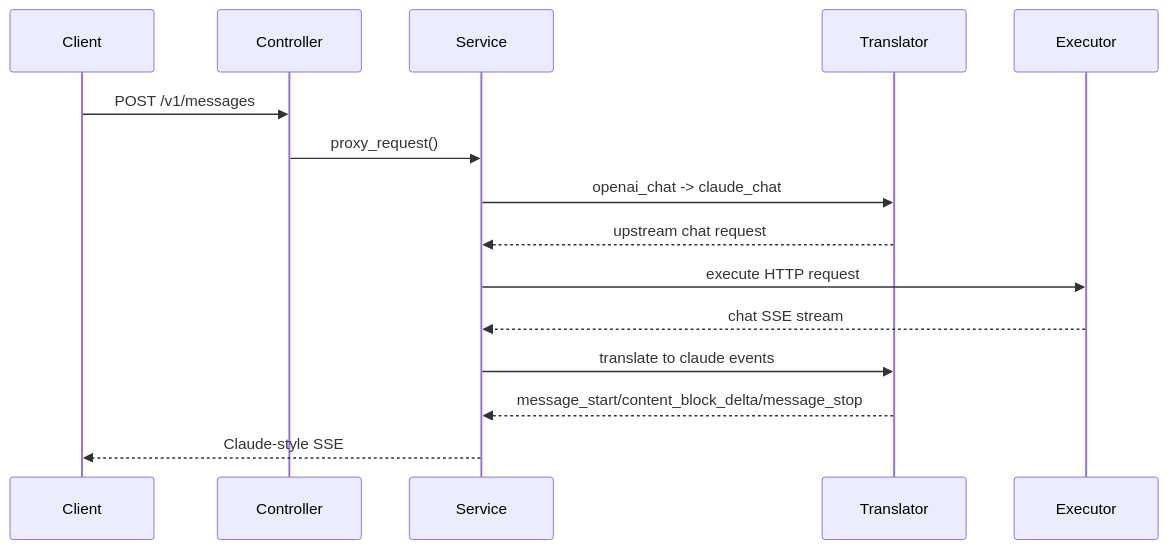
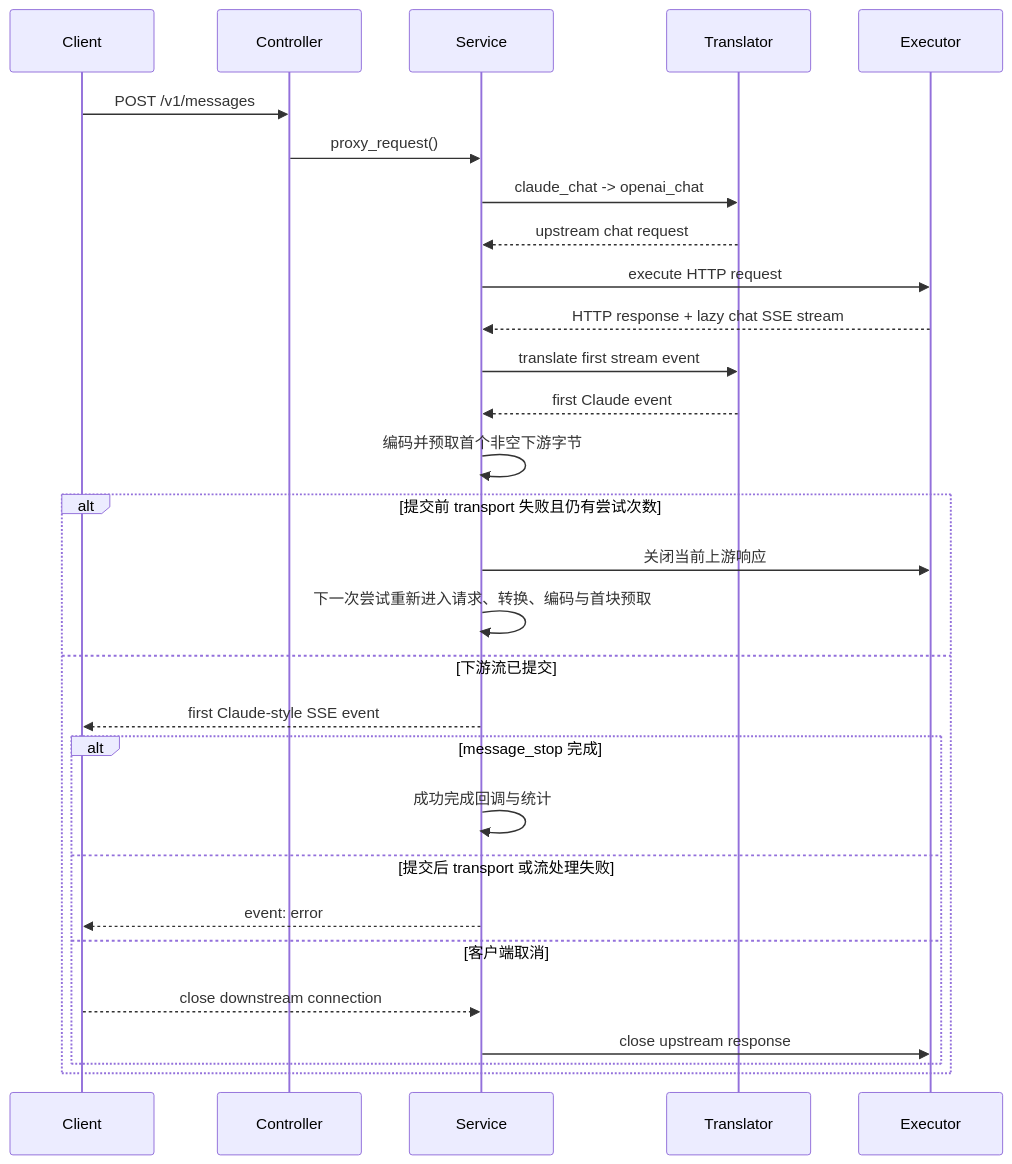
One commit to VonSdite/LLM_Proxy changed the third of 3 diagrams in docs/architecture-4plus1.md. Above: the diagram before and after it, drawn with Mermaid. The commit also changed other lines of this file and 9 other files, not shown here.

Commit message:
[fix]以首个非空、已编码的下游字节作为流提交边界。 提交前发生 IncompleteRead、ChunkedEncodingError、OSError 时自动重试或切换 OAuth 认证文件。 提交后断流按 Chat、Responses、Claude 协议发送流内错误，不再把异常抛给 gevent。 已发送终止事件后的 framing 异常保持成功状态。 Codex/Claude 缺少正式终止事件的 EOF 按未完成流处理。 客户端取消会关闭上游，不记录成功统计，不污染认证状态。 明确 max_retries 表示包含首次请求的最大尝试次数，界面显示为 Max Attempts。

````diff
--- a/docs/architecture-4plus1.md
+++ b/docs/architecture-4plus1.md
@@ -902,18 +997,32 @@
 ```mermaid
 sequenceDiagram
     participant Client
     participant Controller
     participant Service
     participant Translator
     participant Executor
 
     Client->>Controller: POST /v1/messages
     Controller->>Service: proxy_request()
-    Service->>Translator: openai_chat -> claude_chat
+    Service->>Translator: claude_chat -> openai_chat
     Translator-->>Service: upstream chat request
     Service->>Executor: execute HTTP request
-    Executor-->>Service: chat SSE stream
-    Service->>Translator: translate to claude events
-    Translator-->>Service: message_start/content_block_delta/message_stop
-    Service-->>Client: Claude-style SSE
+    Executor-->>Service: HTTP response + lazy chat SSE stream
+    Service->>Translator: translate first stream event
+    Translator-->>Service: first Claude event
+    Service->>Service: 编码并预取首个非空下游字节
+    alt 提交前 transport 失败且仍有尝试次数
+        Service->>Executor: 关闭当前上游响应
+        Service->>Service: 下一次尝试重新进入请求、转换、编码与首块预取
+    else 下游流已提交
+        Service-->>Client: first Claude-style SSE event
+        alt message_stop 完成
+            Service->>Service: 成功完成回调与统计
+        else 提交后 transport 或流处理失败
+            Service-->>Client: event: error
+        else 客户端取消
+            Client-->>Service: close downstream connection
+            Service->>Executor: close upstream response
+        end
+    end
 ```
````
